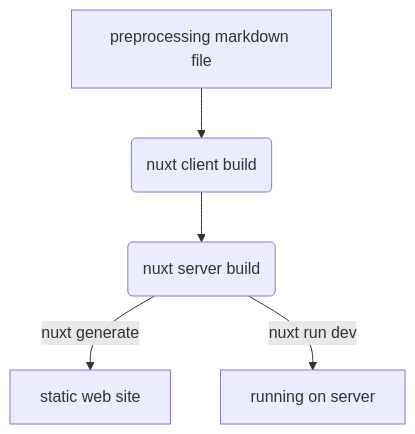
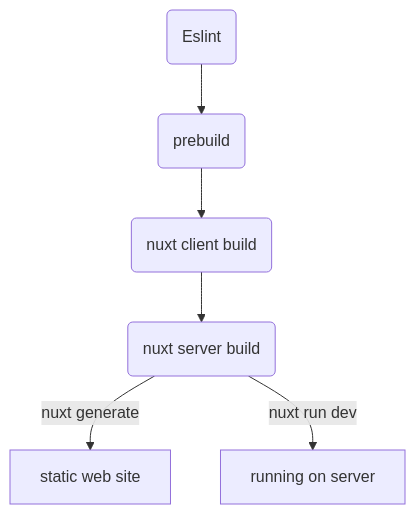
Before and after one commit to mouseless/learn-nuxt: the third of 3 diagrams in README.md, drawn with Mermaid. The commit also changed other lines of this file, not shown here.

Commit message:
update diagram and documentation

````diff
--- a/README.md
+++ b/README.md
@@ -337,8 +336,8 @@
 ```mermaid
 flowchart TD
-    A[preprocessing markdown file]
-    A --> B(nuxt client build)
-    B --> C(nuxt server build)
-    C -->|nuxt generate| D[static web site]
-    C -->|nuxt run dev| E[running on server]
+    E(Eslint) --> P(prebuild)
+    P --> CB(nuxt client build)
+    CB --> SB(nuxt server build)
+    SB -->|nuxt generate| SWS[static web site]
+    SB -->|nuxt run dev| OS[running on server]
 ```
````
